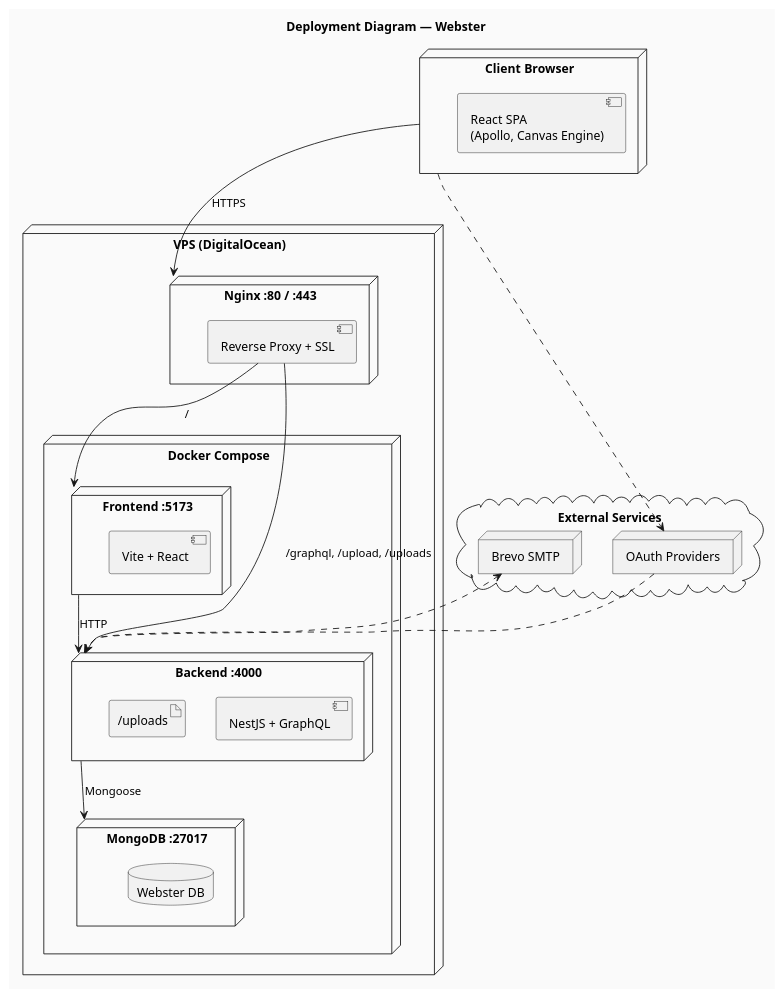
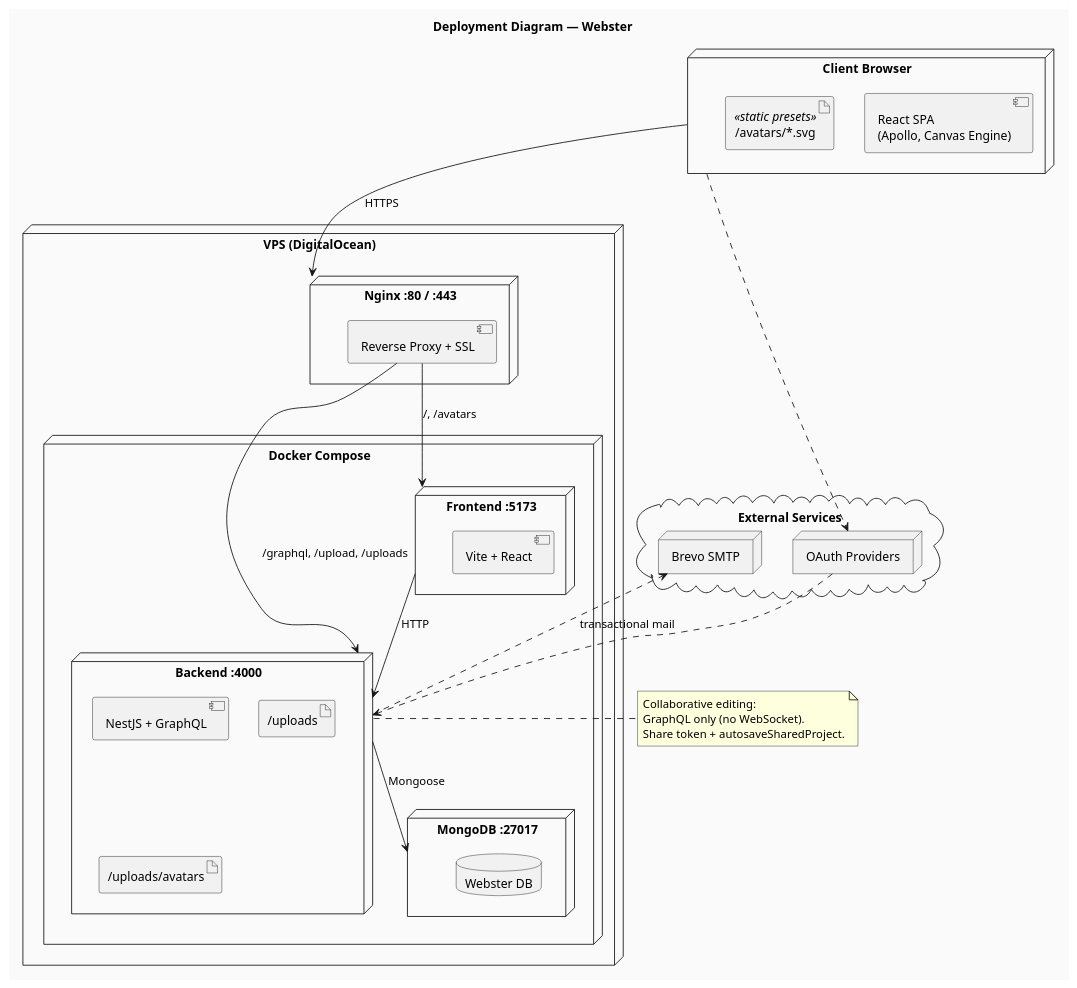
Before and after one commit to Lordpluha/webster: the diagram in docs/diagrams/deployment.puml, drawn with PlantUML. The commit also changed 8 other files, not shown here.

```diff
--- a/docs/diagrams/deployment.puml
+++ b/docs/diagrams/deployment.puml
@@ -1,49 +1,57 @@
 @startuml deployment
 skinparam backgroundColor #FAFAFA
 
 title Deployment Diagram — Webster
 
 node "Client Browser" as Browser {
   component "React SPA\n(Apollo, Canvas Engine)" as ReactApp
+  artifact "/avatars/*.svg" as Avatars <<static presets>>
 }
 
 node "VPS (DigitalOcean)" as VPS {
 
   node "Nginx :80 / :443" as Nginx {
     component "Reverse Proxy + SSL" as Proxy
   }
 
   node "Docker Compose" as DC {
 
     node "Frontend :5173" as FE {
       component "Vite + React" as Vite
     }
 
     node "Backend :4000" as BE {
       component "NestJS + GraphQL" as Nest
       artifact "/uploads" as Uploads
+      artifact "/uploads/avatars" as AvatarUploads
     }
 
     node "MongoDB :27017" as Mongo {
       database "Webster DB" as DB
     }
 
     FE --> BE : HTTP
     BE --> Mongo : Mongoose
   }
 
-  Proxy --> FE : /
+  Proxy --> FE : /, /avatars
   Proxy --> BE : /graphql, /upload, /uploads
 }
 
 cloud "External Services" as Ext {
   node "Brevo SMTP" as SMTP
   node "OAuth Providers" as OAuth
 }
 
 Browser --> Nginx : HTTPS
-BE ..> SMTP
+BE ..> SMTP : transactional mail
 Browser ..> OAuth
 OAuth ..> BE
 
+note right of BE
+  Collaborative editing:
+  GraphQL only (no WebSocket).
+  Share token + autosaveSharedProject.
+end note
+
 @enduml
```
